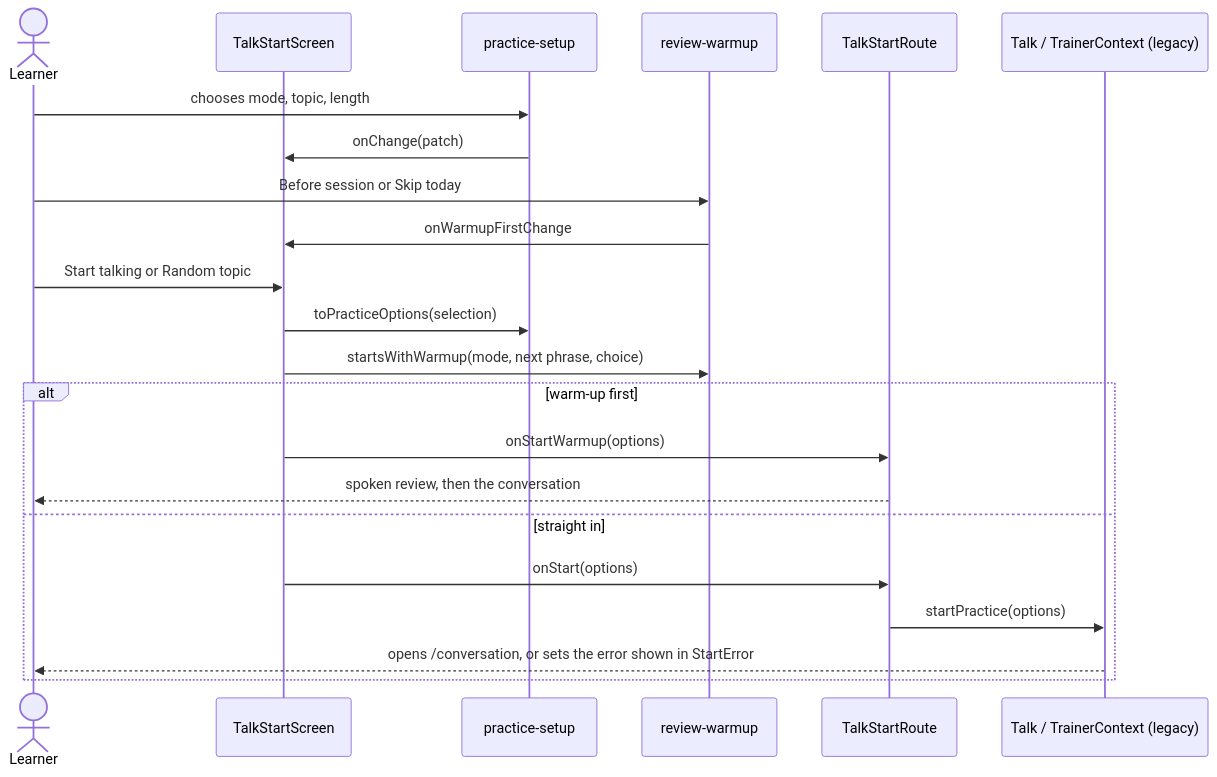
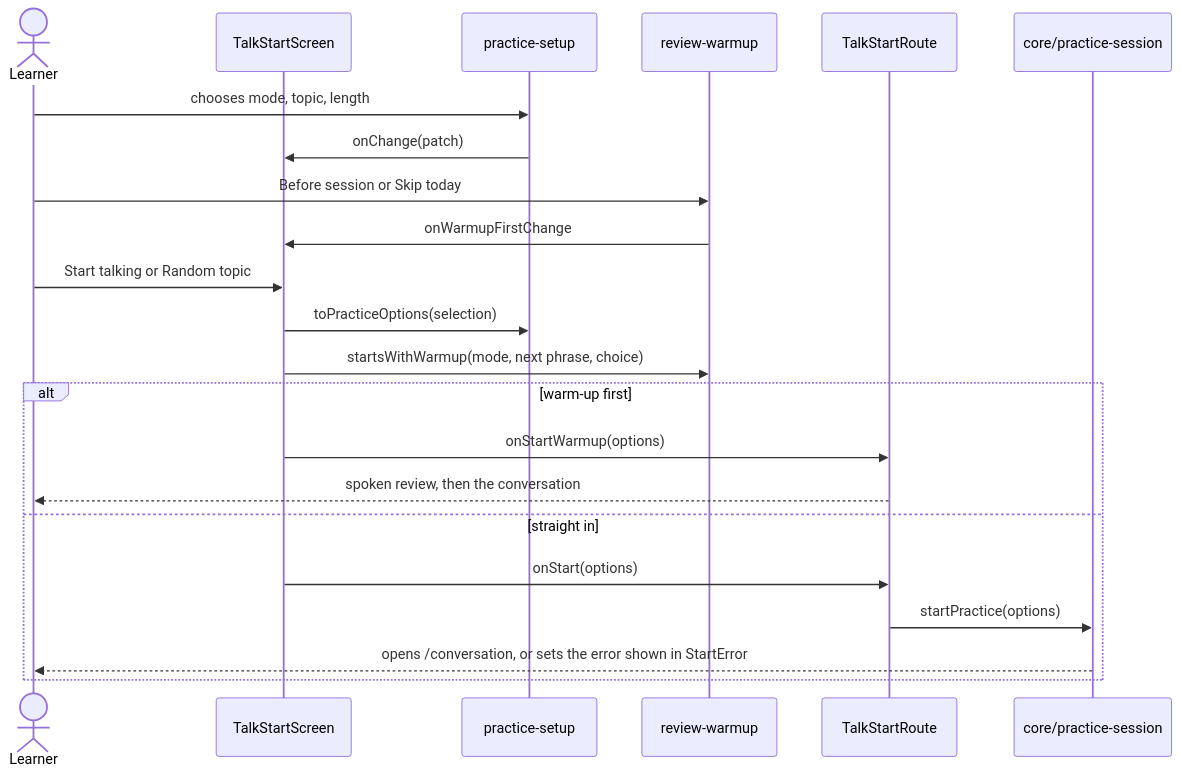
Before and after one commit to oleksii-latyshev/english-trainer: the diagram in src/screens/talk-start/flow.md, drawn with Mermaid. The commit also changed 254 other files, not shown here.

First line of the commit message:
refactor(talk): Talk screen and the core turn loop in the glass design (#89)

````diff
--- a/src/screens/talk-start/flow.md
+++ b/src/screens/talk-start/flow.md
@@ -25,25 +25,25 @@
 ```mermaid
 sequenceDiagram
     actor Learner
     participant Screen as TalkStartScreen
     participant Setup as practice-setup
     participant Warmup as review-warmup
     participant Route as TalkStartRoute
-    participant Talk as Talk / TrainerContext (legacy)
+    participant Talk as core/practice-session
 
     Learner->>Setup: chooses mode, topic, length
     Setup->>Screen: onChange(patch)
     Learner->>Warmup: Before session or Skip today
     Warmup->>Screen: onWarmupFirstChange
     Learner->>Screen: Start talking or Random topic
     Screen->>Setup: toPracticeOptions(selection)
     Screen->>Warmup: startsWithWarmup(mode, next phrase, choice)
     alt warm-up first
         Screen->>Route: onStartWarmup(options)
         Route-->>Learner: spoken review, then the conversation
     else straight in
         Screen->>Route: onStart(options)
         Route->>Talk: startPractice(options)
         Talk-->>Learner: opens /conversation, or sets the error shown in StartError
     end
 ```
````
